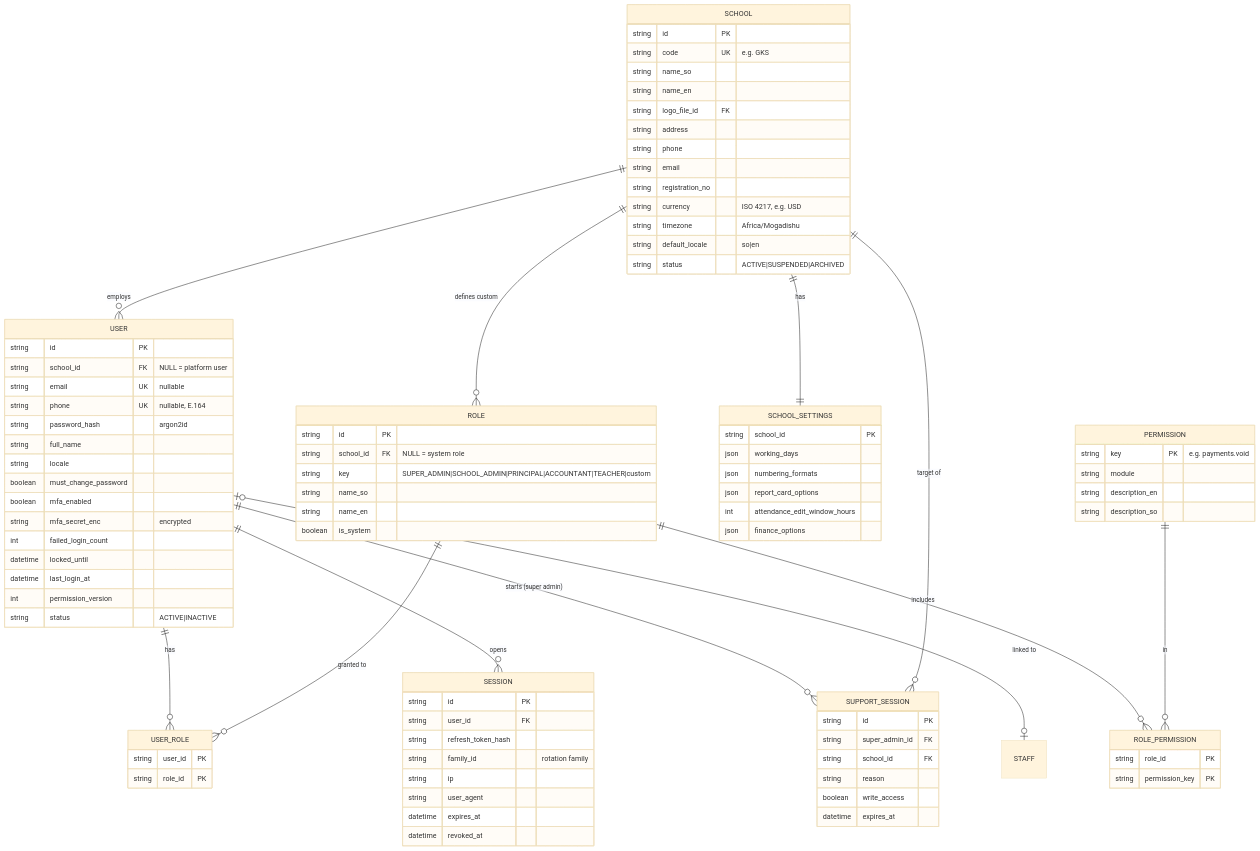
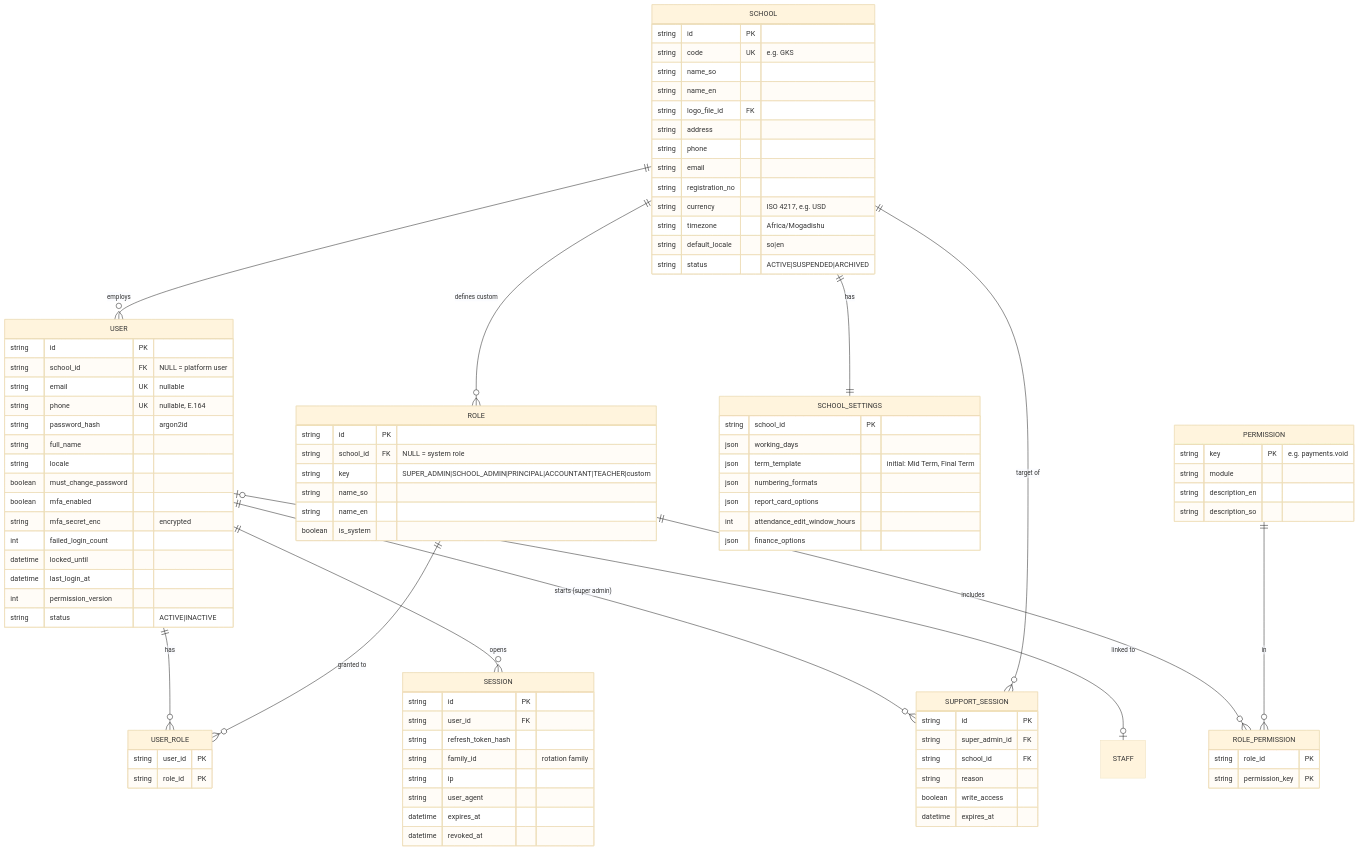
The second of 10 diagrams in docs/phase-1/03-database-erd.md (ismacil87/Gol-khatumo), drawn with Mermaid (base theme) before and after one commit. The commit also changed other lines of this file and 6 other files, not shown here.

First line of the commit message:
docs: correct academic structure to two terms (Mid Term, Final Term)

```diff
--- a/docs/phase-1/03-database-erd.md
+++ b/docs/phase-1/03-database-erd.md
@@ -66,6 +66,7 @@
   SCHOOL_SETTINGS {
     string school_id PK
     json working_days
+    json term_template "initial: Mid Term, Final Term"
     json numbering_formats
     json report_card_options
     int attendance_edit_window_hours
```
